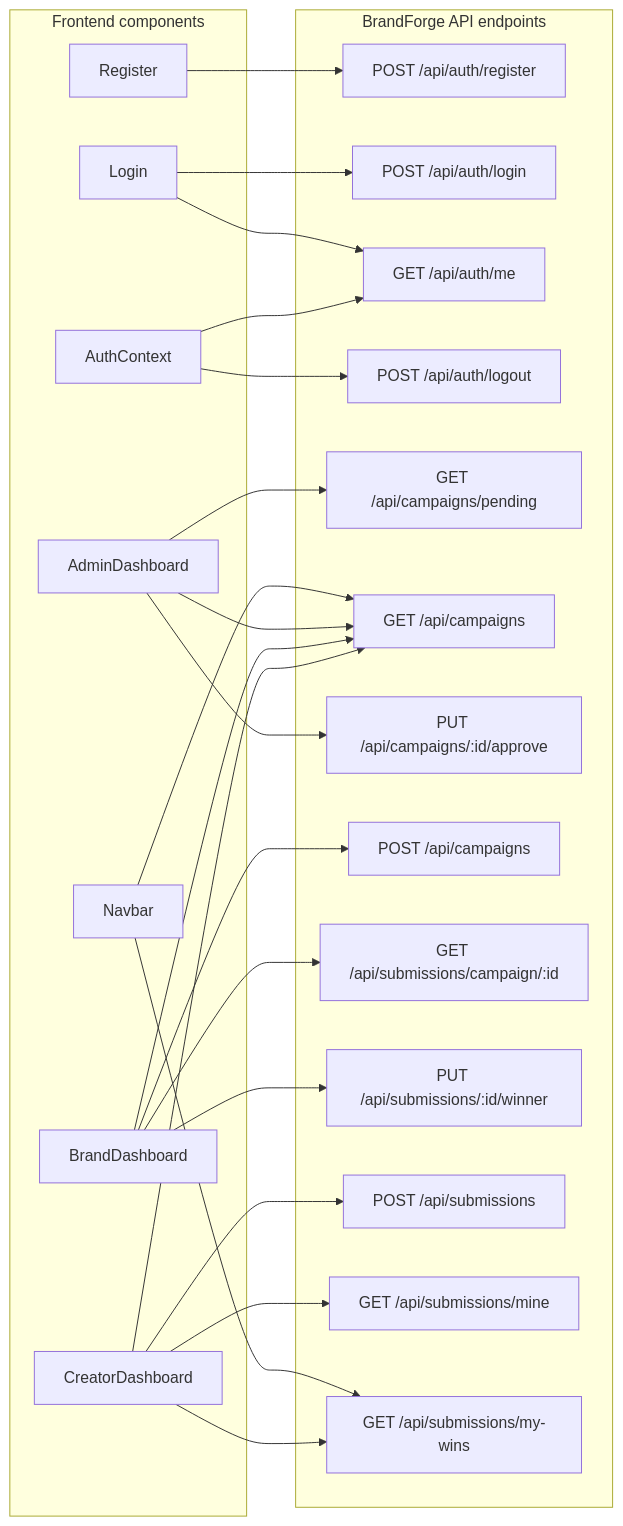
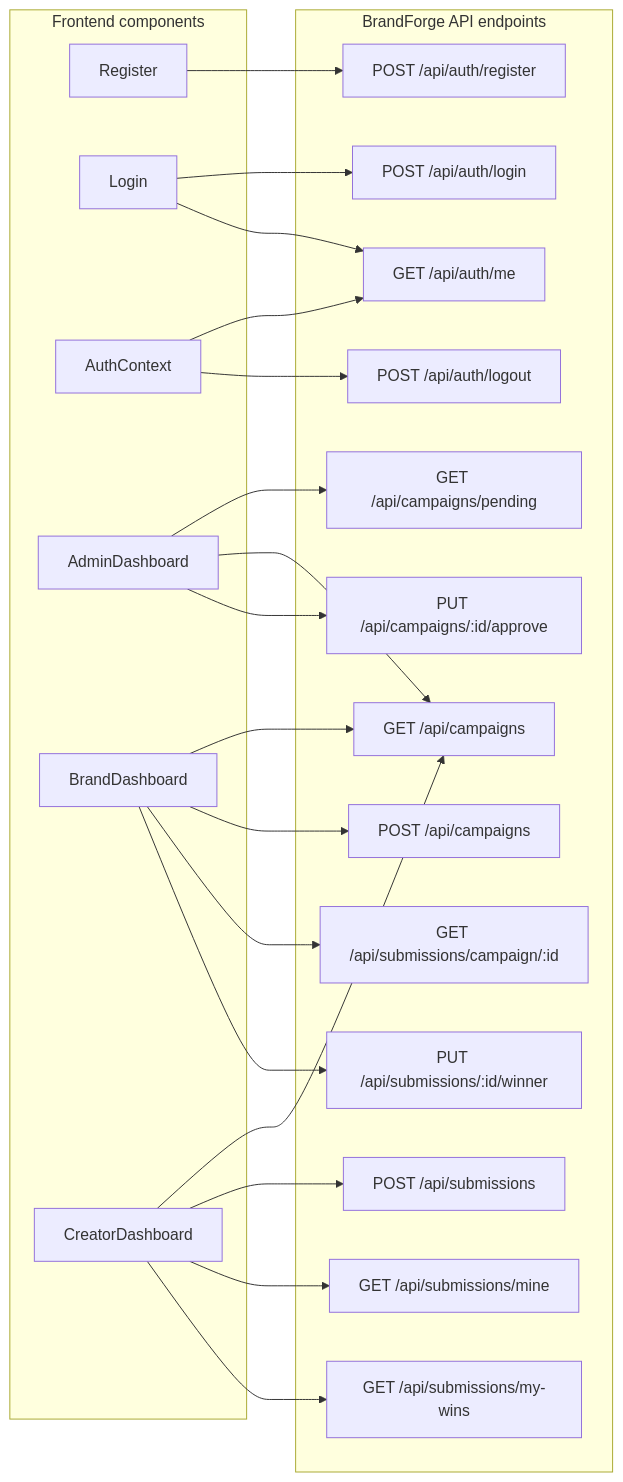
The sixth of 11 diagrams in README.md (RohitChintalapudi/BrandForge_Frontend), drawn with Mermaid before and after one commit. The commit also changed other lines of this file, not shown here.

````diff
--- a/README.md
+++ b/README.md
@@ -412,47 +412,44 @@
 ```mermaid
 flowchart LR
     subgraph FE["Frontend components"]
         RC["Register"]
         LG["Login"]
         ACX["AuthContext"]
-        NB["Navbar"]
         AD["AdminDashboard"]
         BD["BrandDashboard"]
         CD["CreatorDashboard"]
     end
 
     subgraph API["BrandForge API endpoints"]
         E1["POST /api/auth/register"]
         E2["POST /api/auth/login"]
         E3["GET /api/auth/me"]
         E4["POST /api/auth/logout"]
         E5["GET /api/campaigns/pending"]
         E6["GET /api/campaigns"]
         E7["PUT /api/campaigns/:id/approve"]
         E8["POST /api/campaigns"]
         E9["GET /api/submissions/campaign/:id"]
         E10["PUT /api/submissions/:id/winner"]
         E11["POST /api/submissions"]
         E12["GET /api/submissions/mine"]
         E13["GET /api/submissions/my-wins"]
     end
 
     RC --> E1
     LG --> E2
     LG --> E3
     ACX --> E3
     ACX --> E4
-    NB --> E6
-    NB --> E13
     AD --> E5
     AD --> E6
     AD --> E7
     BD --> E6
     BD --> E8
     BD --> E9
     BD --> E10
     CD --> E6
     CD --> E11
     CD --> E12
     CD --> E13
 ```
````
